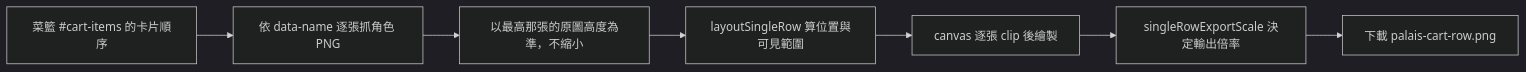
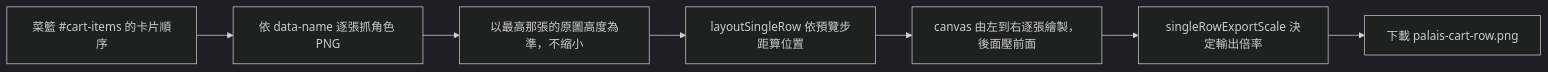
The diagram in docs/PALAIS_CART_ROW.md (Vinskao/ty-multiverse), drawn with Mermaid (dark theme) before and after one commit. The commit also changed other lines of this file and 4 other files, not shown here.

````diff
--- a/docs/PALAIS_CART_ROW.md
+++ b/docs/PALAIS_CART_ROW.md
@@ -5,9 +5,9 @@
 ```mermaid
 flowchart LR
   A[菜籃 #cart-items 的卡片順序] --> B[依 data-name 逐張抓角色 PNG]
   B --> C[以最高那張的原圖高度為準，不縮小]
-  C --> D[layoutSingleRow 算位置與可見範圍]
-  D --> E[canvas 逐張 clip 後繪製]
+  C --> D[layoutSingleRow 依預覽步距算位置]
+  D --> E[canvas 由左到右逐張繪製，後面壓前面]
   E --> F[singleRowExportScale 決定輸出倍率]
   F --> G[下載 palais-cart-row.png]
 ```
````
